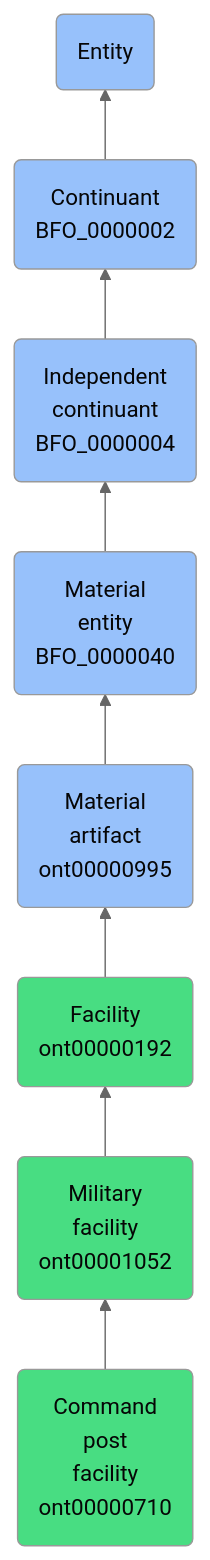
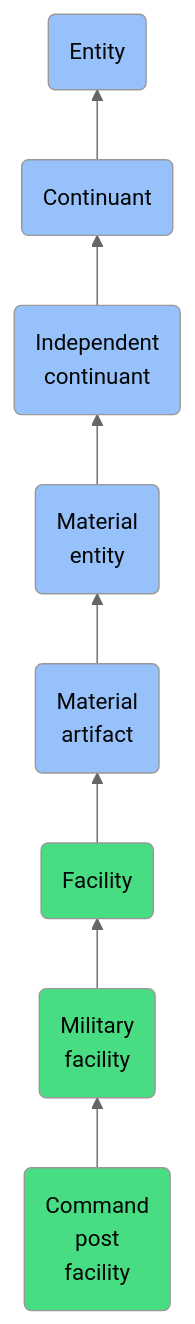
One commit to jupyter-naas/abi changed the diagram in docs/ontology/reference/model/Entity/Continuant/Independent continuant/Material entity/Material artifact/Facility/Military facility/Command post facility/Command post facility.md. Above: the diagram before and after it, drawn with Mermaid (neutral theme). The commit also changed other lines of this file and 1430 other files, not shown here.

````diff
--- a/docs/ontology/reference/model/Entity/Continuant/Independent continuant/Material entity/Material artifact/Facility/Military facility/Command post facility/Command post facility.md
+++ b/docs/ontology/reference/model/Entity/Continuant/Independent continuant/Material entity/Material artifact/Facility/Military facility/Command post facility/Command post facility.md
@@ -24,15 +24,15 @@
 ```mermaid
 graph BT
-    ont00000710(Command<br>post<br>facility<br>ont00000710):::ABI-->ont00001052
-    ont00001052(Military<br>facility<br>ont00001052):::ABI-->ont00000192
-    ont00000192(Facility<br>ont00000192):::ABI-->ont00000995
-    ont00000995(Material<br>artifact<br>ont00000995):::BFO-->BFO_0000040
-    BFO_0000040(Material<br>entity<br>BFO_0000040):::BFO-->BFO_0000004
-    BFO_0000004(Independent<br>continuant<br>BFO_0000004):::BFO-->BFO_0000002
-    BFO_0000002(Continuant<br>BFO_0000002):::BFO-->BFO_0000001
+    ont00000710(Command<br>post<br>facility):::ABI-->ont00001052
+    ont00001052(Military<br>facility):::ABI-->ont00000192
+    ont00000192(Facility):::ABI-->ont00000995
+    ont00000995(Material<br>artifact):::BFO-->BFO_0000040
+    BFO_0000040(Material<br>entity):::BFO-->BFO_0000004
+    BFO_0000004(Independent<br>continuant):::BFO-->BFO_0000002
+    BFO_0000002(Continuant):::BFO-->BFO_0000001
     BFO_0000001(Entity):::BFO
     
     classDef BFO fill:#97c1fb,color:#060606
     classDef CCO fill:#e4c51e,color:#060606
     classDef ABI fill:#48DD82,color:#060606
 ```
````
